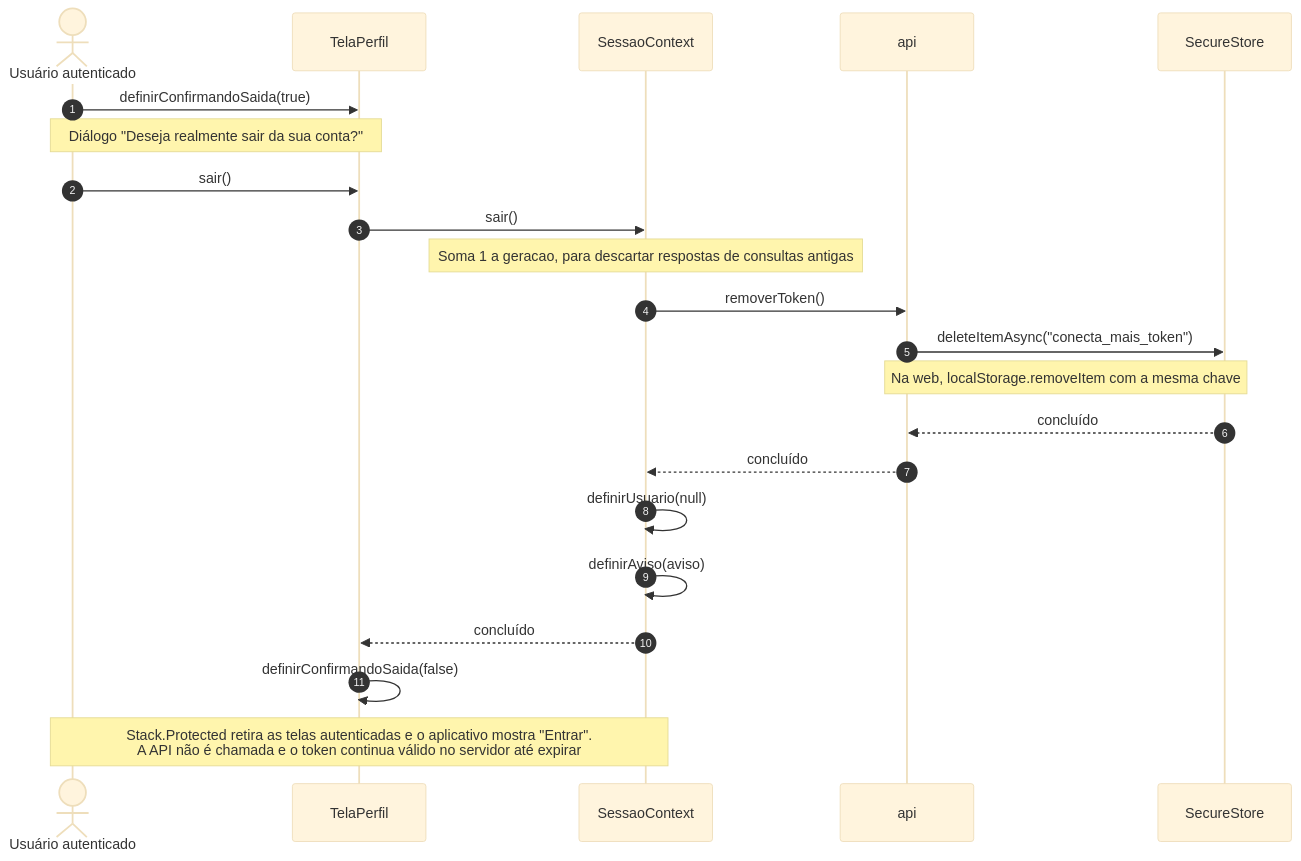
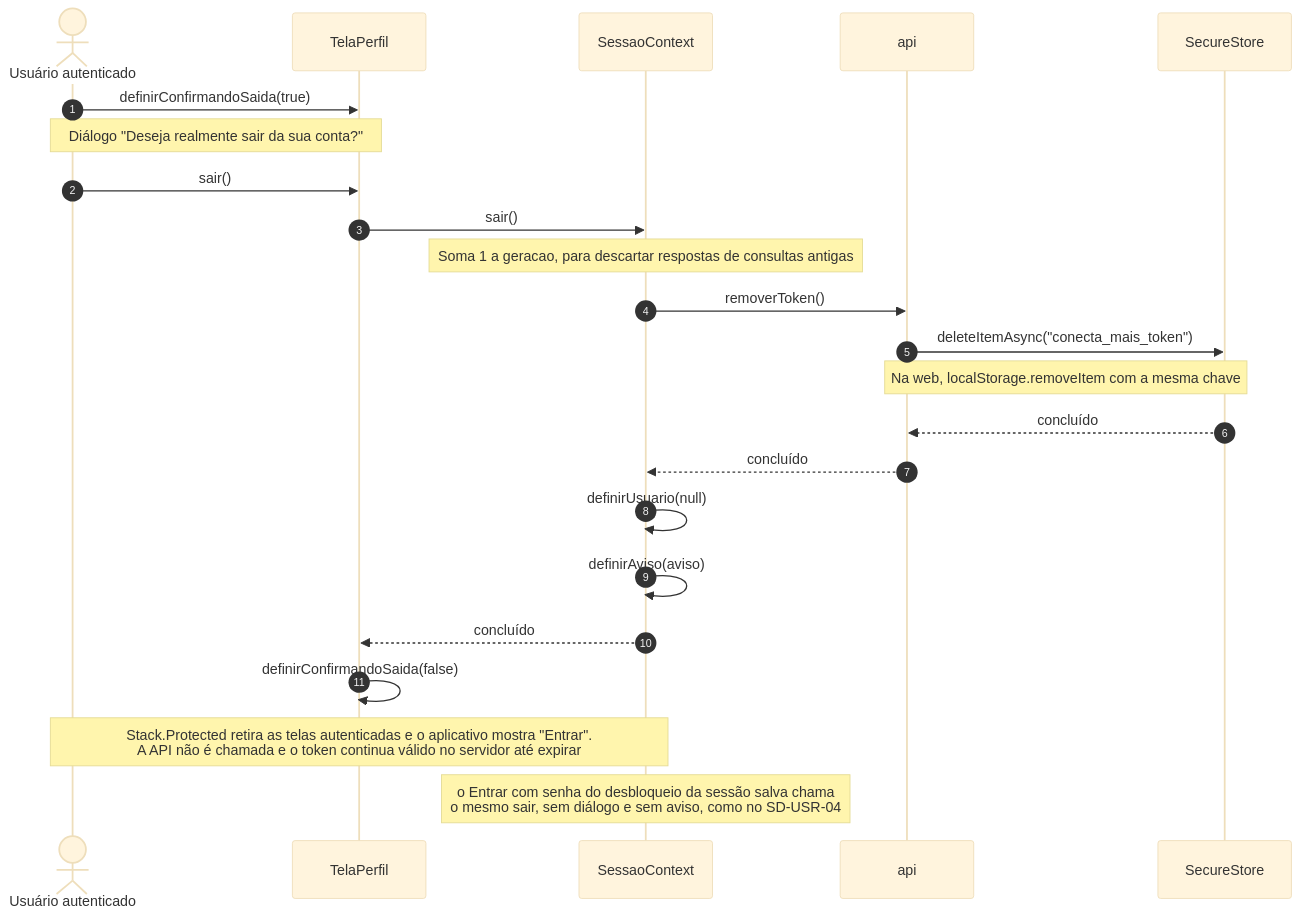
The seventh of 7 diagrams in 2 - Incremento 1/configuracoes-usuario/6 - diagramas-sequencia-configuracoes-usuario.md (Conecta-IFSP/DOCUMENTATION), drawn with Mermaid (base theme) before and after one commit. The commit also changed 34 other files, not shown here.

Commit message:
Documenta o desbloqueio ao abrir, a desmarcação de presença e o PDF sem renomear

````diff
--- a/2 - Incremento 1/configuracoes-usuario/6 - diagramas-sequencia-configuracoes-usuario.md
+++ b/2 - Incremento 1/configuracoes-usuario/6 - diagramas-sequencia-configuracoes-usuario.md
@@ -387,24 +387,25 @@
 ```mermaid
 sequenceDiagram
     autonumber
     actor U as Usuário autenticado
     participant T as TelaPerfil
     participant SC as SessaoContext
     participant A as api
     participant SS as SecureStore
     U->>T: definirConfirmandoSaida(true)
     Note over U,T: Diálogo "Deseja realmente sair da sua conta?"
     U->>T: sair()
     T->>SC: sair()
     Note over SC: Soma 1 a geracao, para descartar respostas de consultas antigas
     SC->>A: removerToken()
     A->>SS: deleteItemAsync("conecta_mais_token")
     Note over A,SS: Na web, localStorage.removeItem com a mesma chave
     SS-->>A: concluído
     A-->>SC: concluído
     SC->>SC: definirUsuario(null)
     SC->>SC: definirAviso(aviso)
     SC-->>T: concluído
     T->>T: definirConfirmandoSaida(false)
     Note over U,SC: Stack.Protected retira as telas autenticadas e o aplicativo mostra "Entrar".<br/>A API não é chamada e o token continua válido no servidor até expirar
+    Note over SC: o Entrar com senha do desbloqueio da sessão salva chama<br/>o mesmo sair, sem diálogo e sem aviso, como no SD-USR-04
 ```
````
